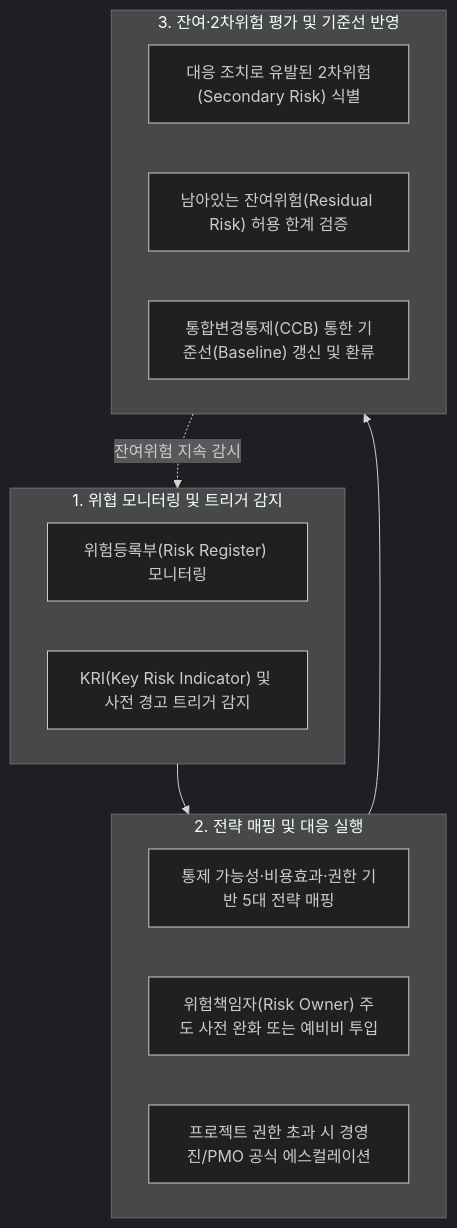
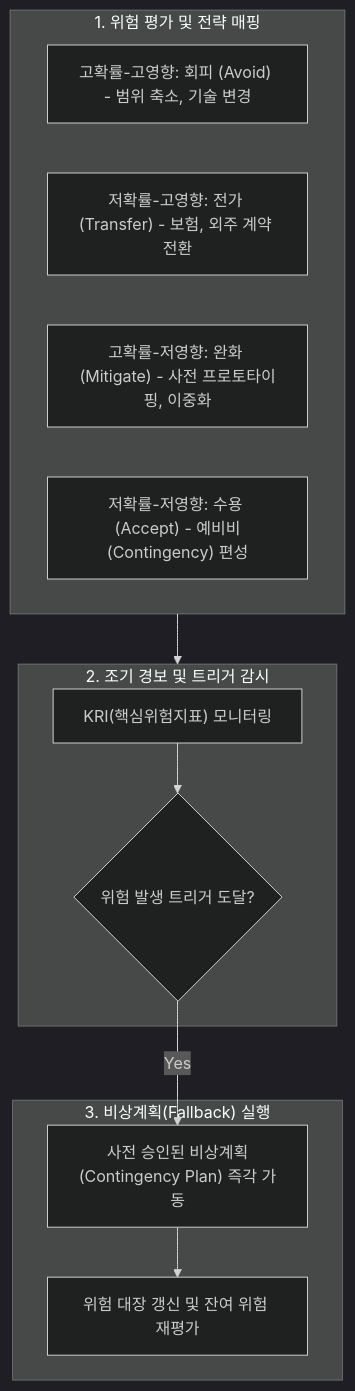
Before and after one commit to agnusdei1207/study: the fourth of 5 diagrams in src/content/docs/notes/itpe/01-it-strategy/040_negative_risk_response_strategy.md, drawn with Mermaid (dark theme). The commit also changed other lines of this file and 80 other files, not shown here.

````diff
--- a/src/content/docs/notes/itpe/01-it-strategy/040_negative_risk_response_strategy.md
+++ b/src/content/docs/notes/itpe/01-it-strategy/040_negative_risk_response_strategy.md
@@ -128,21 +131,21 @@
 ```mermaid
 flowchart TD
-    subgraph Trigger["1. 위협 모니터링 및 트리거 감지"]
-        T1["위험등록부(Risk Register) 모니터링"]
-        T2["KRI(Key Risk Indicator) 및 사전 경고 트리거 감지"]
+    subgraph RiskMatrix["1. 위험 평가 및 전략 매핑"]
+        R1["고확률-고영향: 회피 (Avoid) - 범위 축소, 기술 변경"]
+        R2["저확률-고영향: 전가 (Transfer) - 보험, 외주 계약 전환"]
+        R3["고확률-저영향: 완화 (Mitigate) - 사전 프로토타이핑, 이중화"]
+        R4["저확률-저영향: 수용 (Accept) - 예비비(Contingency) 편성"]
     end
-    subgraph Strategy["2. 전략 매핑 및 대응 실행"]
-        S1["통제 가능성·비용효과·권한 기반 5대 전략 매핑"]
-        S2["위험책임자(Risk Owner) 주도 사전 완화 또는 예비비 투입"]
-        S3["프로젝트 권한 초과 시 경영진/PMO 공식 에스컬레이션"]
+    subgraph Monitoring["2. 조기 경보 및 트리거 감시"]
+        T1["KRI(핵심위험지표) 모니터링"]
+        T2{"위험 발생 트리거 도달?"}
+        T1 --> T2
     end
-    subgraph Feedback["3. 잔여·2차위험 평가 및 기준선 반영"]
-        F1["대응 조치로 유발된 2차위험(Secondary Risk) 식별"]
-        F2["남아있는 잔여위험(Residual Risk) 허용 한계 검증"]
-        F3["통합변경통제(CCB) 통한 기준선(Baseline) 갱신 및 환류"]
+    subgraph Action["3. 비상계획(Fallback) 실행"]
+        A1["사전 승인된 비상계획(Contingency Plan) 즉각 가동"]
+        A2["위험 대장 갱신 및 잔여 위험 재평가"]
+        T2 -->|Yes| A1 --> A2
     end
 
-    Trigger --> Strategy
-    Strategy --> Feedback
-    Feedback -.->|잔여위험 지속 감시| Trigger
+    RiskMatrix --> Monitoring
 ```
````
